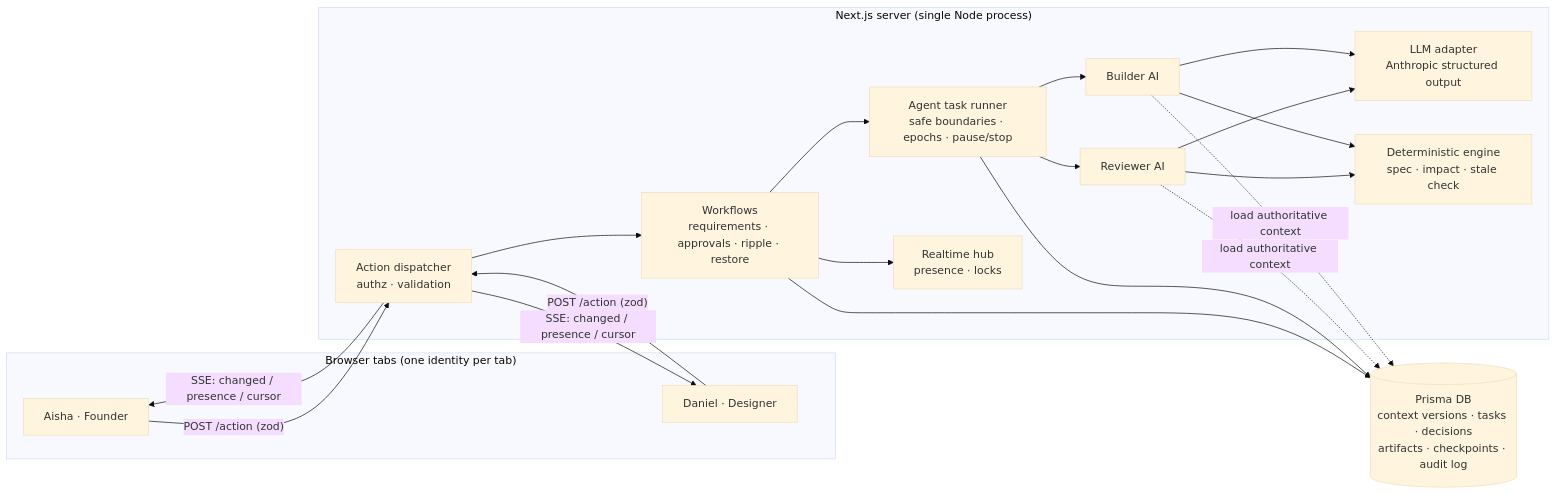
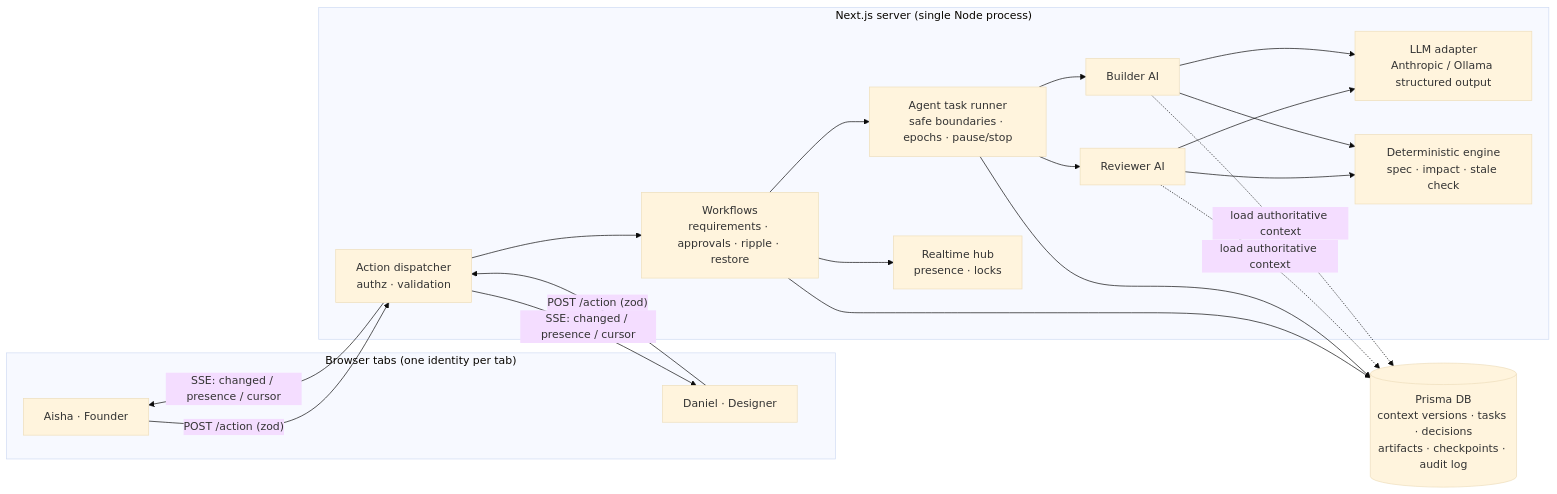
The diagram in README.md (Ridhi675/buildify-colab), drawn with Mermaid (base theme) before and after one commit. The commit also changed other lines of this file and 14 other files, not shown here.

First line of the commit message:
feat: add local Ollama LLM provider

````diff
--- a/README.md
+++ b/README.md
@@ -46,20 +46,20 @@
 ```mermaid
 flowchart LR
   subgraph Browser["Browser tabs (one identity per tab)"]
     H1[Aisha · Founder]
     H2[Daniel · Designer]
   end
   H1 & H2 -- "POST /action (zod)" --> API
   API -- "SSE: changed / presence / cursor" --> H1 & H2
   subgraph Server["Next.js server (single Node process)"]
     API[Action dispatcher<br/>authz · validation] --> WF[Workflows<br/>requirements · approvals · ripple · restore]
     WF --> RUN[Agent task runner<br/>safe boundaries · epochs · pause/stop]
     RUN --> REV[Reviewer AI]
     RUN --> BLD[Builder AI]
-    REV & BLD --> LLM[LLM adapter<br/>Anthropic structured output]
+    REV & BLD --> LLM[LLM adapter<br/>Anthropic / Ollama structured output]
     REV & BLD --> RULES[Deterministic engine<br/>spec · impact · stale check]
     WF --> HUB[Realtime hub<br/>presence · locks]
   end
   WF & RUN --> DB[(Prisma DB<br/>context versions · tasks · decisions<br/>artifacts · checkpoints · audit log)]
   REV & BLD -. "load authoritative context" .-> DB
 ```
````
